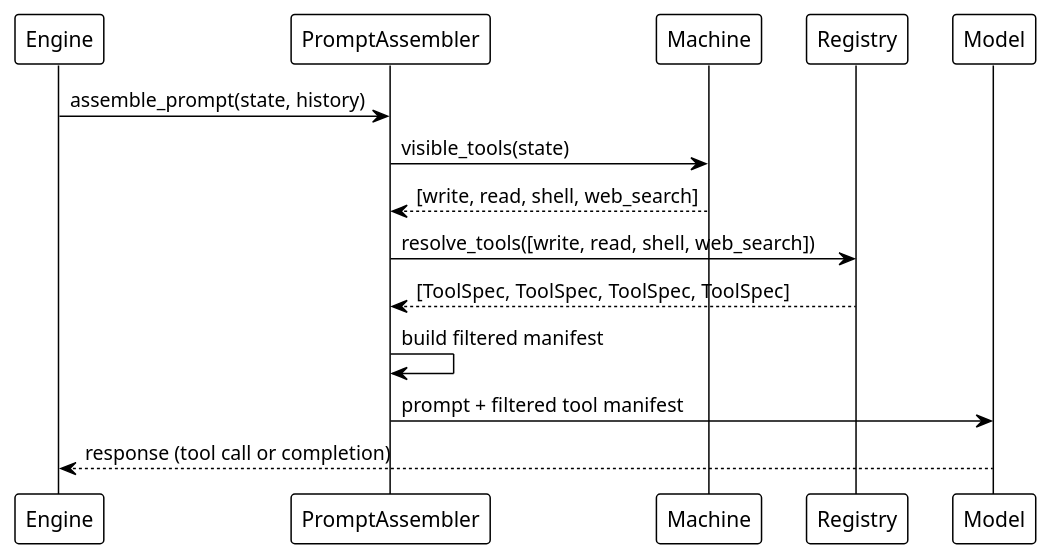
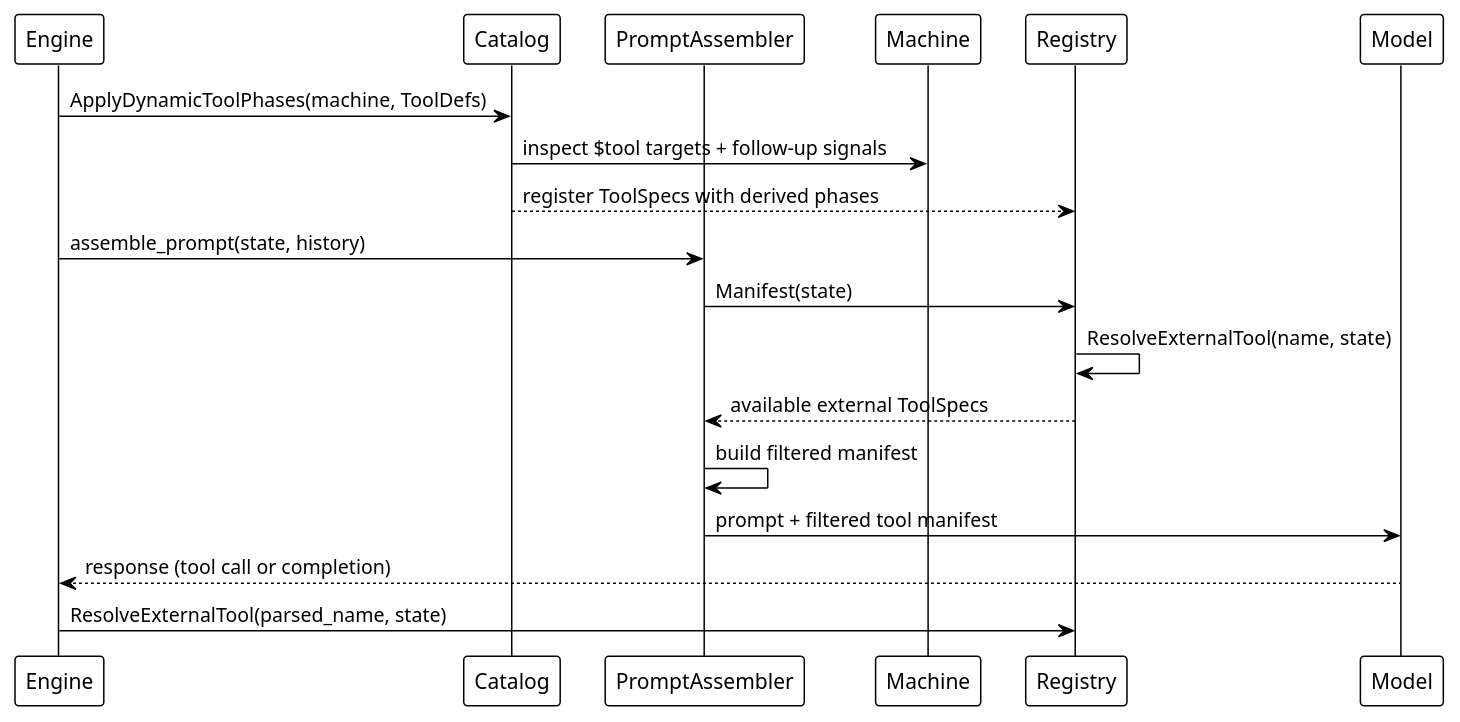
The diagram in design-patterns/figures/fig-17-scoped-toolset-sequence.puml (Acharya320/declarative-agents), drawn with PlantUML before and after one commit. The commit also changed 5 other files, not shown here.

```diff
--- a/design-patterns/figures/fig-17-scoped-toolset-sequence.puml
+++ b/design-patterns/figures/fig-17-scoped-toolset-sequence.puml
@@ -1,18 +1,22 @@
 @startuml
 !theme plain
 
 participant "Engine" as E
+participant "Catalog" as C
 participant "PromptAssembler" as PA
 participant "Machine" as G
-participant "Registry" as L
+participant "Registry" as R
 participant "Model" as M
 
+E -> C : ApplyDynamicToolPhases(machine, ToolDefs)
+C -> G : inspect $tool targets + follow-up signals
+C --> R : register ToolSpecs with derived phases
 E -> PA : assemble_prompt(state, history)
-PA -> G : visible_tools(state)
-G --> PA : [write, read, shell, web_search]
-PA -> L : resolve_tools([write, read, shell, web_search])
-L --> PA : [ToolSpec, ToolSpec, ToolSpec, ToolSpec]
+PA -> R : Manifest(state)
+R -> R : ResolveExternalTool(name, state)
+R --> PA : available external ToolSpecs
 PA -> PA : build filtered manifest
 PA -> M : prompt + filtered tool manifest
 M --> E : response (tool call or completion)
+E -> R : ResolveExternalTool(parsed_name, state)
 @enduml
```
